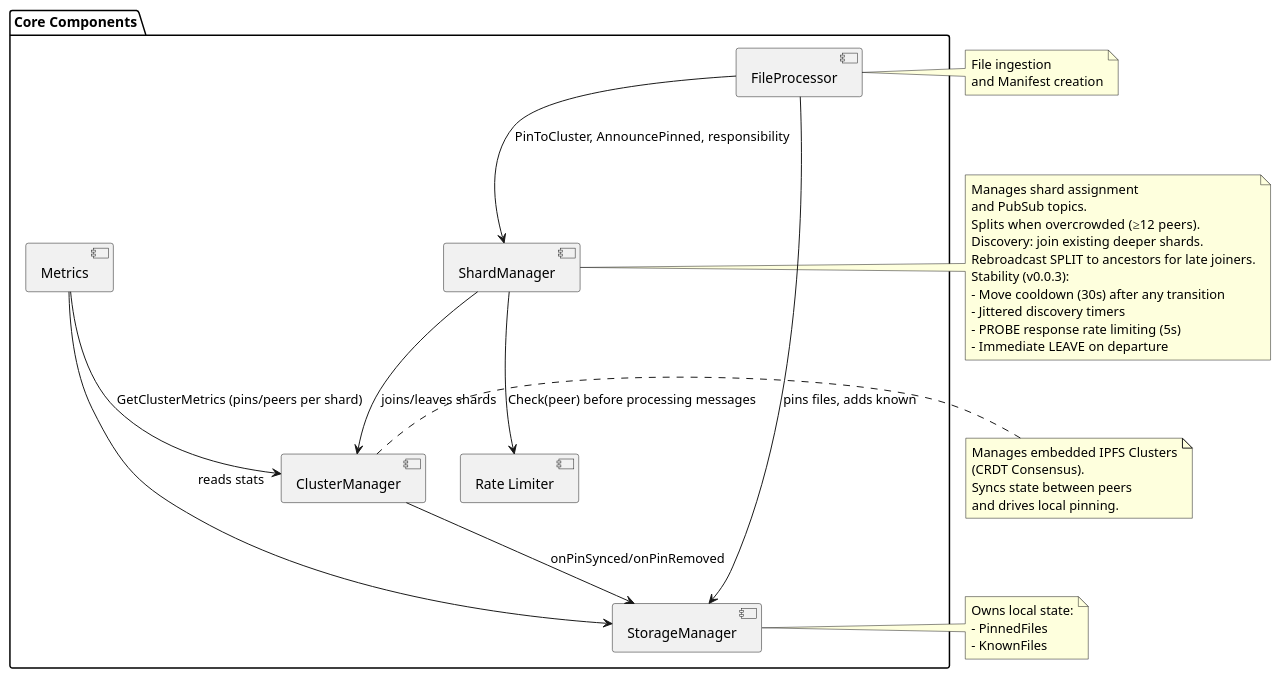
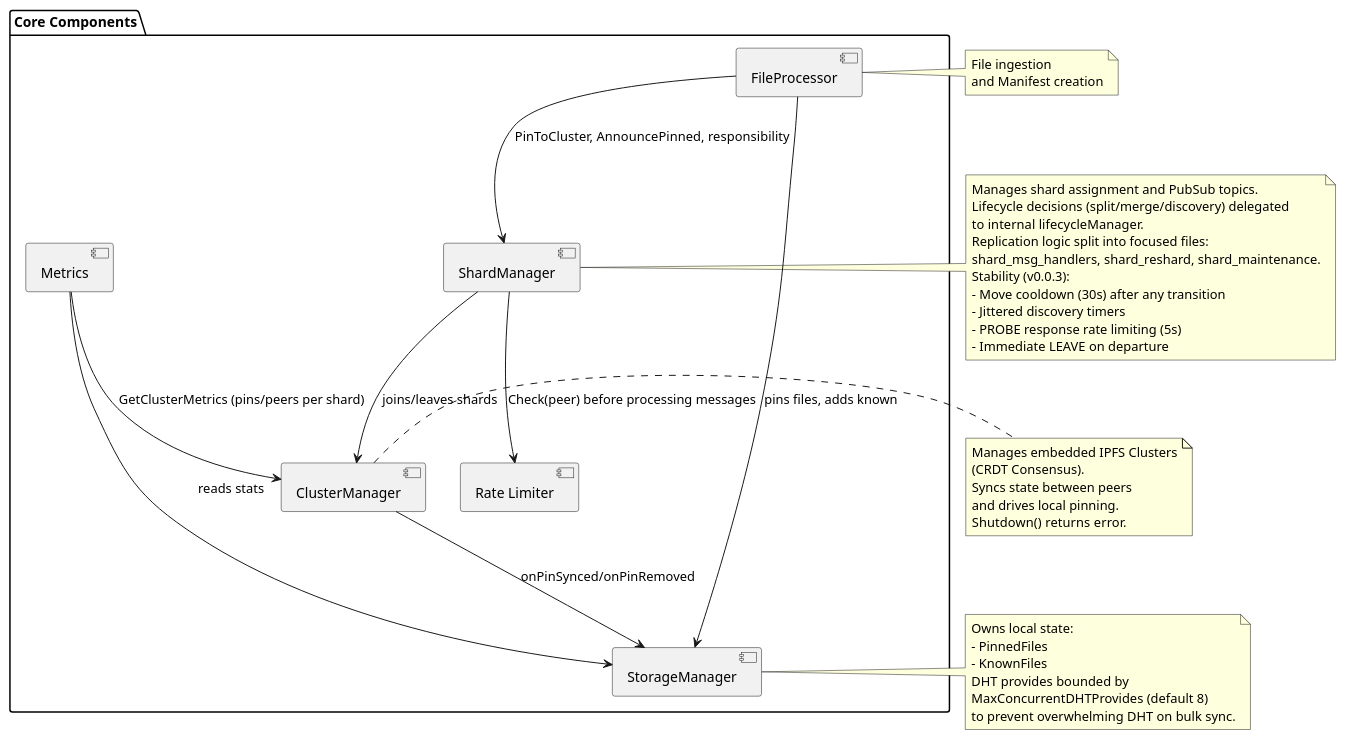
Before and after one commit to gipplab/D-LOCKSS: the diagram in docs/component_diagram.puml, drawn with PlantUML. The commit also changed 99 other files, not shown here.

```diff
--- a/docs/component_diagram.puml
+++ b/docs/component_diagram.puml
@@ -1,51 +1,55 @@
 @startuml D-LOCKSS Component Diagram
 
 package "Core Components" {
     component "ShardManager" as ShardManager
     component "ClusterManager" as ClusterManager
     component "StorageManager" as StorageManager
     component "FileProcessor" as FileProcessor
     component Metrics
     component "Rate Limiter" as RateLimiter
 }
 
 ShardManager --> ClusterManager : joins/leaves shards
 ClusterManager --> StorageManager : onPinSynced/onPinRemoved
 FileProcessor --> StorageManager : pins files, adds known
 FileProcessor --> ShardManager : PinToCluster, AnnouncePinned, responsibility
 ShardManager --> RateLimiter : Check(peer) before processing messages
 Metrics --> StorageManager : reads stats
 Metrics --> ClusterManager : GetClusterMetrics (pins/peers per shard)
 
 note right of ShardManager
-    Manages shard assignment
-    and PubSub topics.
-    Splits when overcrowded (≥12 peers).
-    Discovery: join existing deeper shards.
-    Rebroadcast SPLIT to ancestors for late joiners.
+    Manages shard assignment and PubSub topics.
+    Lifecycle decisions (split/merge/discovery) delegated
+    to internal lifecycleManager.
+    Replication logic split into focused files:
+    shard_msg_handlers, shard_reshard, shard_maintenance.
     Stability (v0.0.3):
     - Move cooldown (30s) after any transition
     - Jittered discovery timers
     - PROBE response rate limiting (5s)
     - Immediate LEAVE on departure
 end note
 
 note right of ClusterManager
     Manages embedded IPFS Clusters
     (CRDT Consensus).
     Syncs state between peers
     and drives local pinning.
+    Shutdown() returns error.
 end note
 
 note right of StorageManager
     Owns local state:
     - PinnedFiles
     - KnownFiles
+    DHT provides bounded by
+    MaxConcurrentDHTProvides (default 8)
+    to prevent overwhelming DHT on bulk sync.
 end note
 
 note right of FileProcessor
     File ingestion
     and Manifest creation
 end note
 
 @enduml
```
